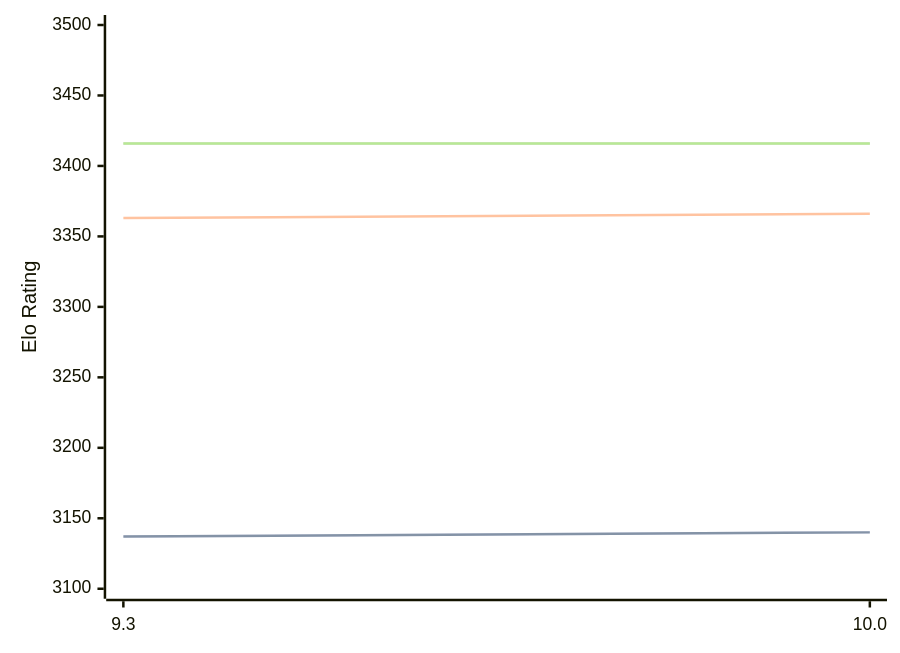
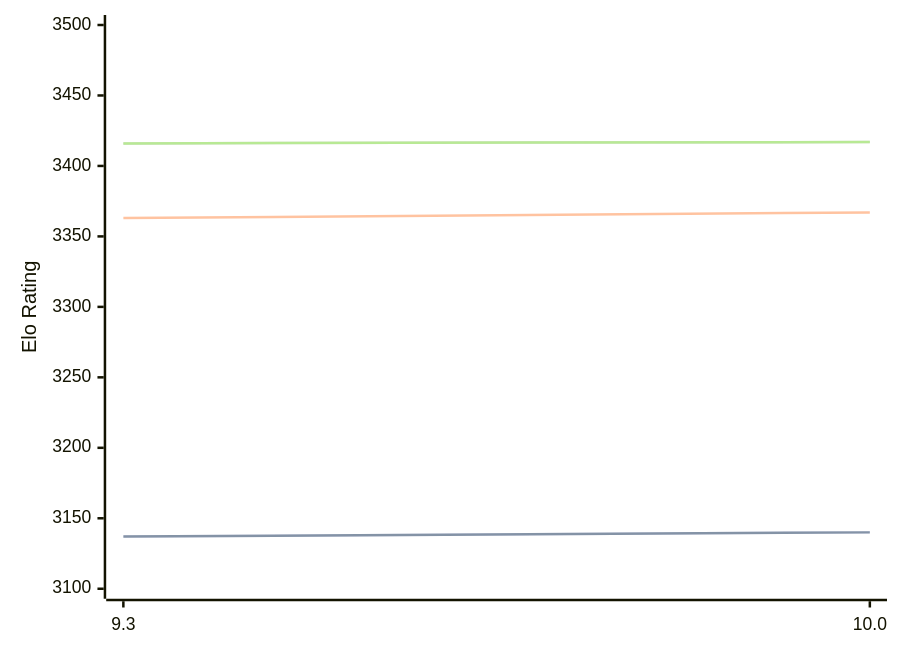
One commit to computer-chess-index/cci changed the third of 3 diagrams in engines/Fire.md. Above: the diagram before and after it, drawn with Mermaid. The commit also changed other lines of this file, not shown here.

Commit message:
Update CCI Ratings (ELO VLTC) - 2026-07-13

````diff
--- a/engines/Fire.md
+++ b/engines/Fire.md
@@ -80,11 +80,11 @@
 ```mermaid
 %%{init: {"theme":"base","themeVariables":{"seriesColors:['#a3a3a3','#222221','#faa371']}}}%%
 xychart-beta
   x-axis ["9.3", "10.0"]
   y-axis "Elo Rating" 3100 --> 3500
   line "STC (8.0+0.08s)" [3137, 3140]
   line "STC (8.0+0.08s)" [3137, 3140]
-  line "LTC (60.0+0.60s)" [3363, 3366]
-  line "VLTC (2m24s+1.12s)" [3416, 3416]
-  line "VLTC (2m24s+1.12s)" [3416, 3416]
+  line "LTC (60.0+0.60s)" [3363, 3367]
+  line "VLTC (2m24s+1.12s)" [3416, 3417]
+  line "VLTC (2m24s+1.12s)" [3416, 3417]
 ```
````
